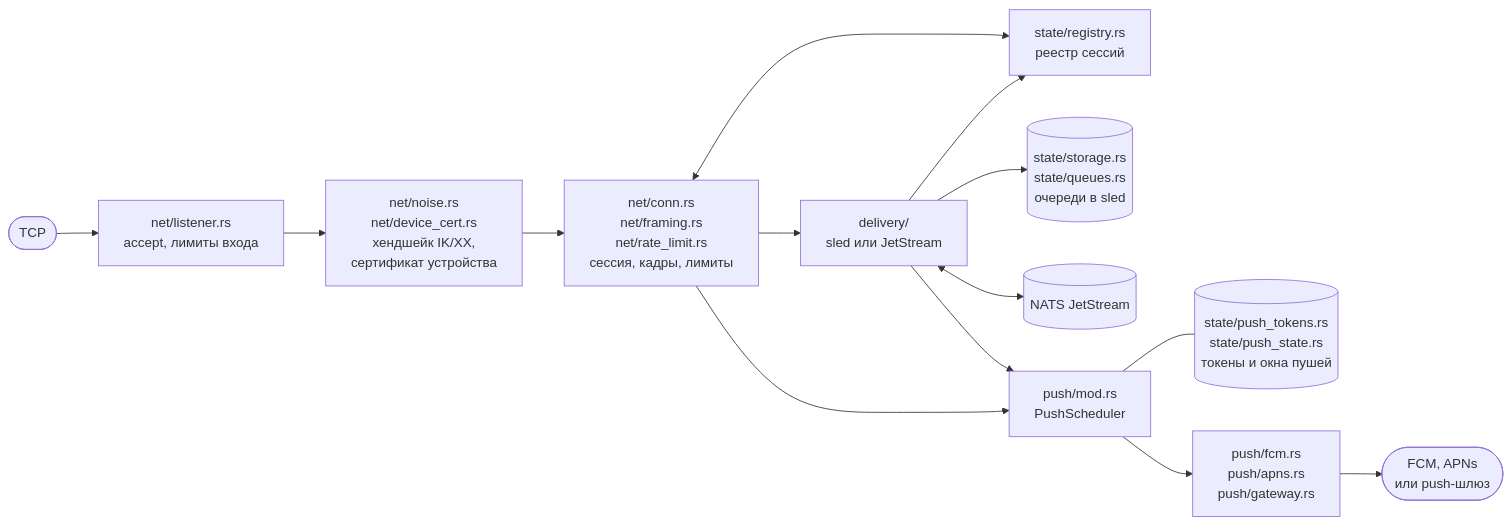
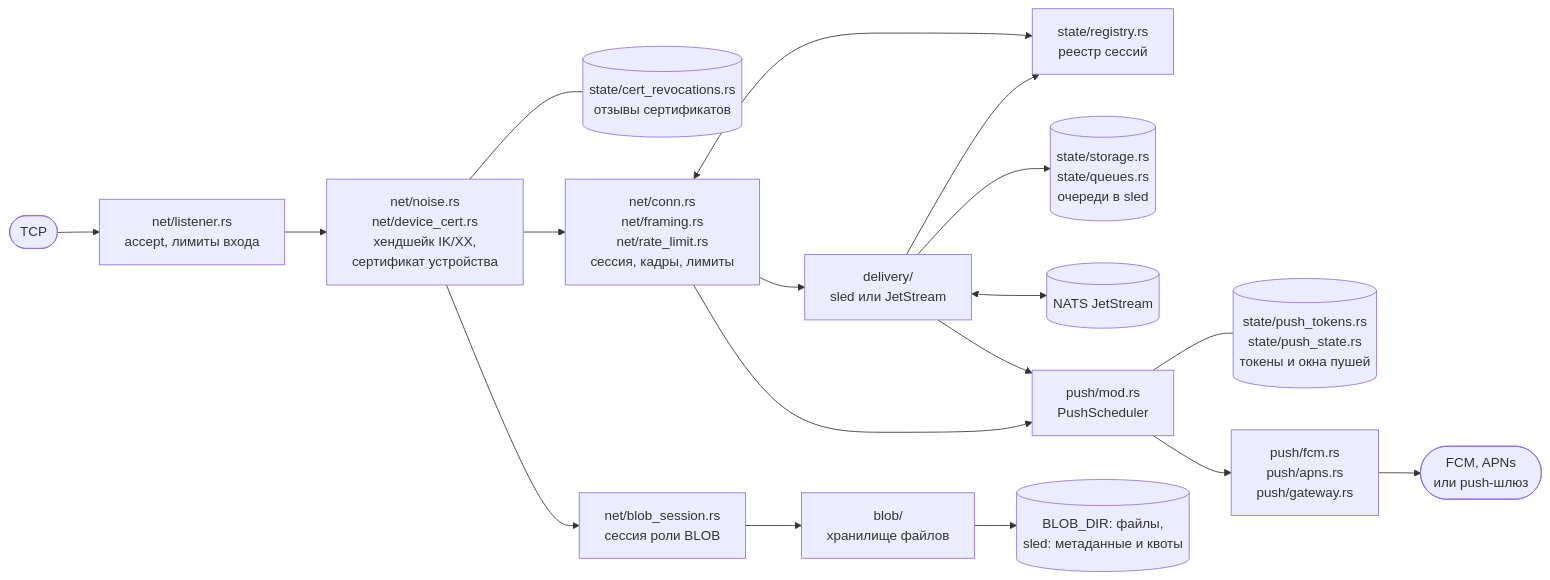
Before and after one commit to Darkildo/trustme_backend: the second of 10 diagrams in docs/architecture.md, drawn with Mermaid. The commit also changed other lines of this file and 11 other files, not shown here.

First line of the commit message:
docs: иллюстрации архитектуры и сверка схем с 0.5.0

````diff
--- a/docs/architecture.md
+++ b/docs/architecture.md
@@ -60,16 +77,20 @@
 ```mermaid
 flowchart LR
     tcp(["TCP"]) --> L["net/listener.rs<br/>accept, лимиты входа"]
     L --> NZ["net/noise.rs<br/>net/device_cert.rs<br/>хендшейк IK/XX,<br/>сертификат устройства"]
+    NZ --- RV[("state/cert_revocations.rs<br/>отзывы сертификатов")]
     NZ --> C["net/conn.rs<br/>net/framing.rs<br/>net/rate_limit.rs<br/>сессия, кадры, лимиты"]
+    NZ --> BS["net/blob_session.rs<br/>сессия роли BLOB"]
     C <--> R["state/registry.rs<br/>реестр сессий"]
     C --> D["delivery/<br/>sled или JetStream"]
     D --> R
     D --> Q[("state/storage.rs<br/>state/queues.rs<br/>очереди в sled")]
     D <--> NATS[("NATS JetStream")]
+    BS --> BL["blob/<br/>хранилище файлов"]
+    BL --> BF[("BLOB_DIR: файлы,<br/>sled: метаданные и квоты")]
     C --> SCH["push/mod.rs<br/>PushScheduler"]
     D --> SCH
     SCH --- PT[("state/push_tokens.rs<br/>state/push_state.rs<br/>токены и окна пушей")]
     SCH --> TR["push/fcm.rs<br/>push/apns.rs<br/>push/gateway.rs"]
     TR --> EXT(["FCM, APNs<br/>или push-шлюз"])
 ```
````
